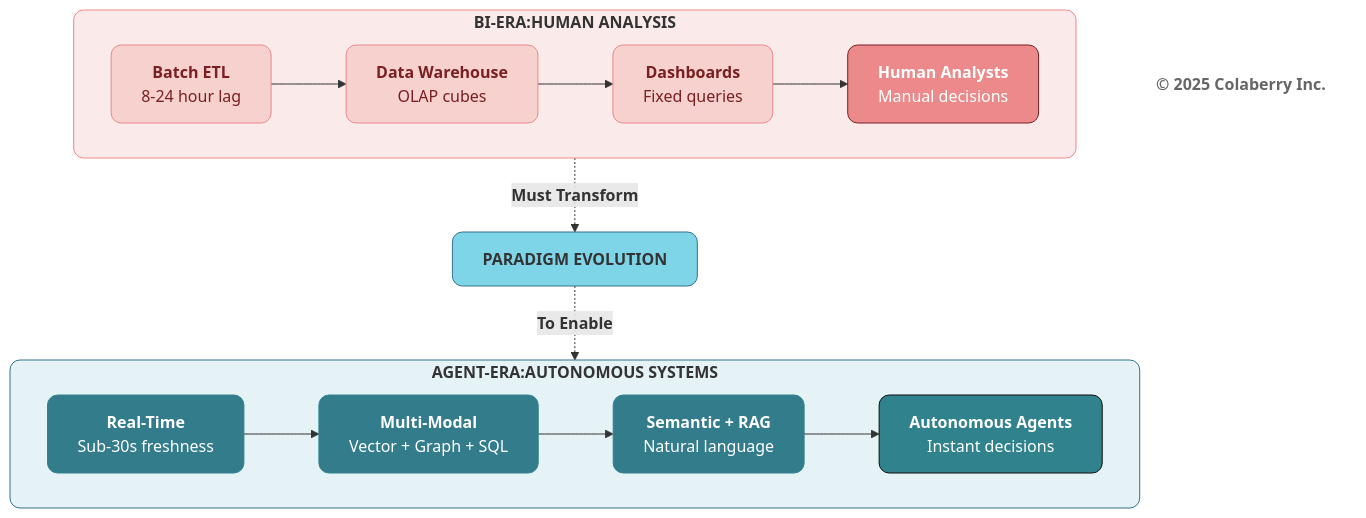
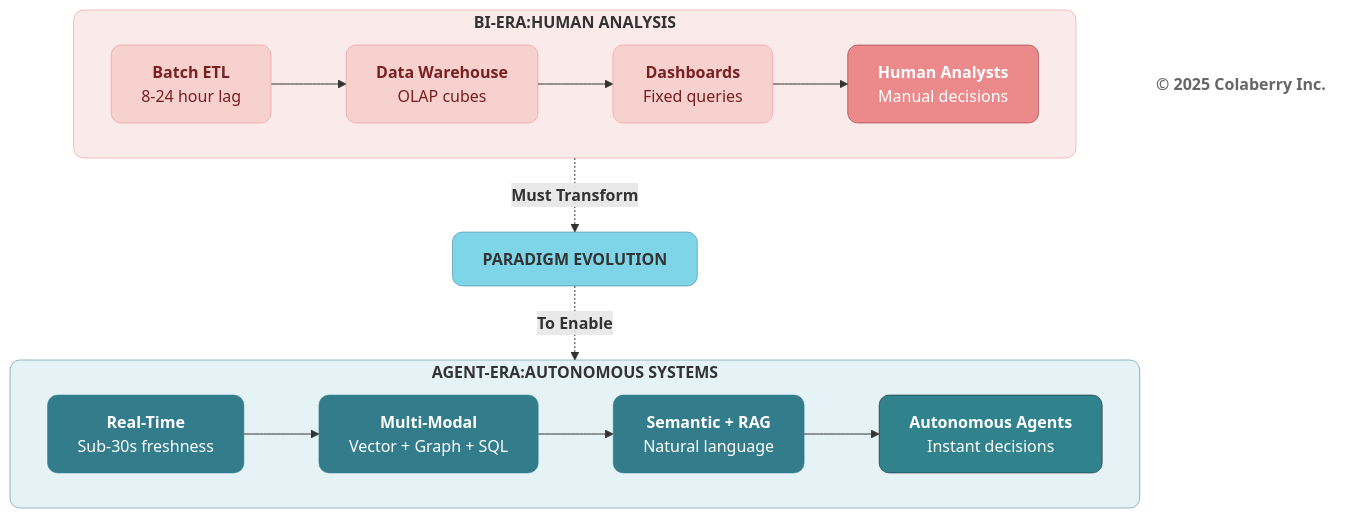
Before and after one commit to saitejesh-cyber/trust-before-intelligence-book: the third of 4 diagrams in manuscript/04_chapter_3_from_bi_to_agent.md, drawn with Mermaid. The commit also changed other lines of this file and 12 other files, not shown here.

Commit message:
Update stroke width to 0.5px instead of 1px to all the diagrams

````diff
--- a/manuscript/04_chapter_3_from_bi_to_agent.md
+++ b/manuscript/04_chapter_3_from_bi_to_agent.md
@@ -204,48 +204,48 @@
 ```mermaid
 graph TB
     subgraph old["<b>BI-ERA:HUMAN ANALYSIS</b>"]
         direction LR
         O1["<b>Batch ETL</b><br/>8-24 hour lag"]
         O2["<b>Data Warehouse</b><br/>OLAP cubes"]
         O3["<b>Dashboards</b><br/>Fixed queries"]
         O4["<b>Human Analysts</b><br/>Manual decisions"]
         
         O1 --> O2 --> O3 --> O4
     end
     
     Shift["<b>PARADIGM EVOLUTION</b>"]
     
     subgraph new["<b>AGENT-ERA:AUTONOMOUS     SYSTEMS</b>"]
         direction LR
         N1["<b>Real-Time</b><br/>Sub-30s freshness"]
         N2["<b>Multi-Modal</b><br/>Vector + Graph + SQL"]
         N3["<b>Semantic + RAG</b><br/>Natural language"]
         N4["<b>Autonomous Agents</b><br/>Instant decisions"]
         
         N1 --> N2 --> N3 --> N4
     end
 
     old -.->|<b>Must Transform</b>| Shift
     Shift -.->|<b>To Enable</b>| new
 
     %% BI ERA — Problems / Failures (CORAL)
-    style old fill:#FBEAEA,stroke:#EB898B,stroke-width:1px,rx:10,ry:10
-    style O1 fill:#F6D1CE,stroke:#EB898B,stroke-width:1px,color:#7A1F22,rx:10,ry:10
-    style O2 fill:#F6D1CE,stroke:#EB898B,stroke-width:1px,color:#7A1F22,rx:10,ry:10
-    style O3 fill:#F6D1CE,stroke:#EB898B,stroke-width:1px,color:#7A1F22,rx:10,ry:10
-    style O4 fill:#EB898B,color:#ffffff,stroke:#7A1F22,stroke-width:1px,rx:10,ry:10
+    style old fill:#FBEAEA,stroke:#EB898B,stroke-width:0.5px,rx:10,ry:10
+    style O1 fill:#F6D1CE,stroke:#EB898B,stroke-width:0.5px,color:#7A1F22,rx:10,ry:10
+    style O2 fill:#F6D1CE,stroke:#EB898B,stroke-width:0.5px,color:#7A1F22,rx:10,ry:10
+    style O3 fill:#F6D1CE,stroke:#EB898B,stroke-width:0.5px,color:#7A1F22,rx:10,ry:10
+    style O4 fill:#EB898B,color:#ffffff,stroke:#7A1F22,stroke-width:0.5px,rx:10,ry:10
 
     %% TRANSITION — Neutral / Informative (LIGHT CYAN)
-    style Shift fill:#7FD5E8,stroke:#32738C,stroke-width:1px,color:#00323,rx:10,ry:10
+    style Shift fill:#7FD5E8,stroke:#32738C,stroke-width:0.5px,color:#00323,rx:10,ry:10
 
     %% AGENT ERA — Solutions / Modern (TEAL)
-    style new fill:#E6F3F6,stroke:#32738C,stroke-width:1px,rx:10,ry:10
-    style N1 fill:#327C8C,stroke:#30838C,stroke-width:1px,color:#ffffff,rx:10,ry:10
-    style N2 fill:#327C8C,stroke:#30838C,stroke-width:1px,color:#ffffff,rx:10,ry:10
-    style N3 fill:#327C8C,stroke:#30838C,stroke-width:1px,color:#ffffff,rx:10,ry:10
-    style N4 fill:#30838C,color:#ffffff,stroke:#0D0D0D,stroke-width:1px,rx:10,ry:10
+    style new fill:#E6F3F6,stroke:#32738C,stroke-width:0.5px,rx:10,ry:10
+    style N1 fill:#327C8C,stroke:#30838C,stroke-width:0.5px,color:#ffffff,rx:10,ry:10
+    style N2 fill:#327C8C,stroke:#30838C,stroke-width:0.5px,color:#ffffff,rx:10,ry:10
+    style N3 fill:#327C8C,stroke:#30838C,stroke-width:0.5px,color:#ffffff,rx:10,ry:10
+    style N4 fill:#30838C,color:#ffffff,stroke:#0D0D0D,stroke-width:0.5px,rx:10,ry:10
 
     %% COPYRIGHT — Neutral
     Copyright["<b>© 2025 Colaberry Inc.</b>"]
     style Copyright fill:none,stroke:none,color:#666666
 ```
````
